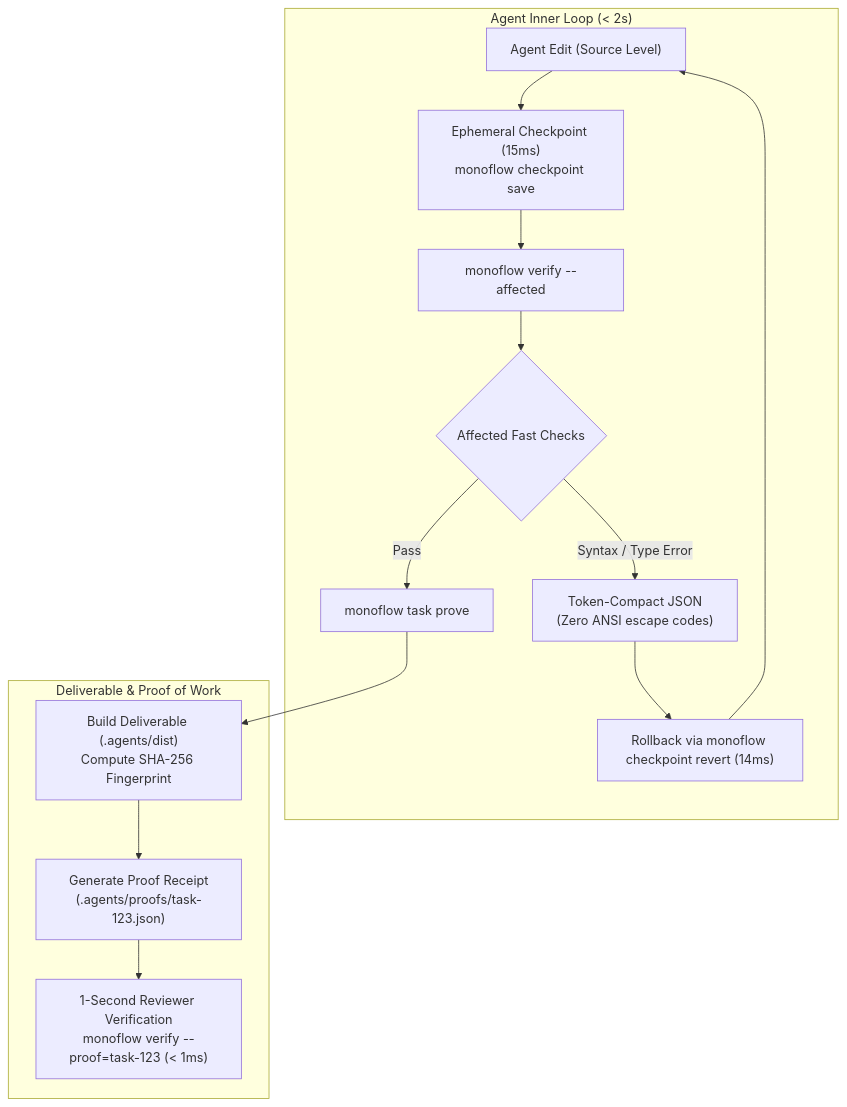
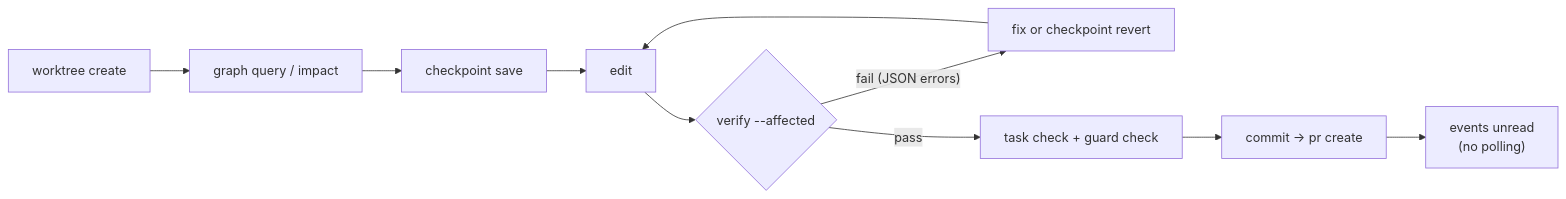
Before and after one commit to M0xoo/monoflow: the diagram in README.md, drawn with Mermaid. The commit also changed other lines of this file and 5 other files, not shown here.

````diff
--- a/README.md
+++ b/README.md
@@ -64,18 +149,12 @@
 ```mermaid
-flowchart TD
-    subgraph AgentLoop["Agent Inner Loop (< 2s)"]
-        A["Agent Edit (Source Level)"] --> B["Ephemeral Checkpoint (15ms)\nmonoflow checkpoint save"]
-        B --> C["monoflow verify --affected"]
-        C --> D{"Affected Fast Checks"}
-        D -- "Syntax / Type Error" --> E["Token-Compact JSON\n(Zero ANSI escape codes)"]
-        E --> F["Rollback via monoflow checkpoint revert (14ms)"]
-        F --> A
-        D -- "Pass" --> G["monoflow task prove"]
-    end
-
-    subgraph DeliverablePoW["Deliverable & Proof of Work"]
-        G --> H["Build Deliverable (.agents/dist)\nCompute SHA-256 Fingerprint"]
-        H --> I["Generate Proof Receipt\n(.agents/proofs/task-123.json)"]
-        I --> J["1-Second Reviewer Verification\nmonoflow verify --proof=task-123 (< 1ms)"]
-    end
+flowchart LR
+    A["worktree create"] --> B["graph query / impact"]
+    B --> C["checkpoint save"]
+    C --> D["edit"]
+    D --> E{"verify --affected"}
+    E -- "fail (JSON errors)" --> F["fix or checkpoint revert"]
+    F --> D
+    E -- "pass" --> G["task check + guard check"]
+    G --> H["commit → pr create"]
+    H --> I["events unread<br/>(no polling)"]
 ```
````
